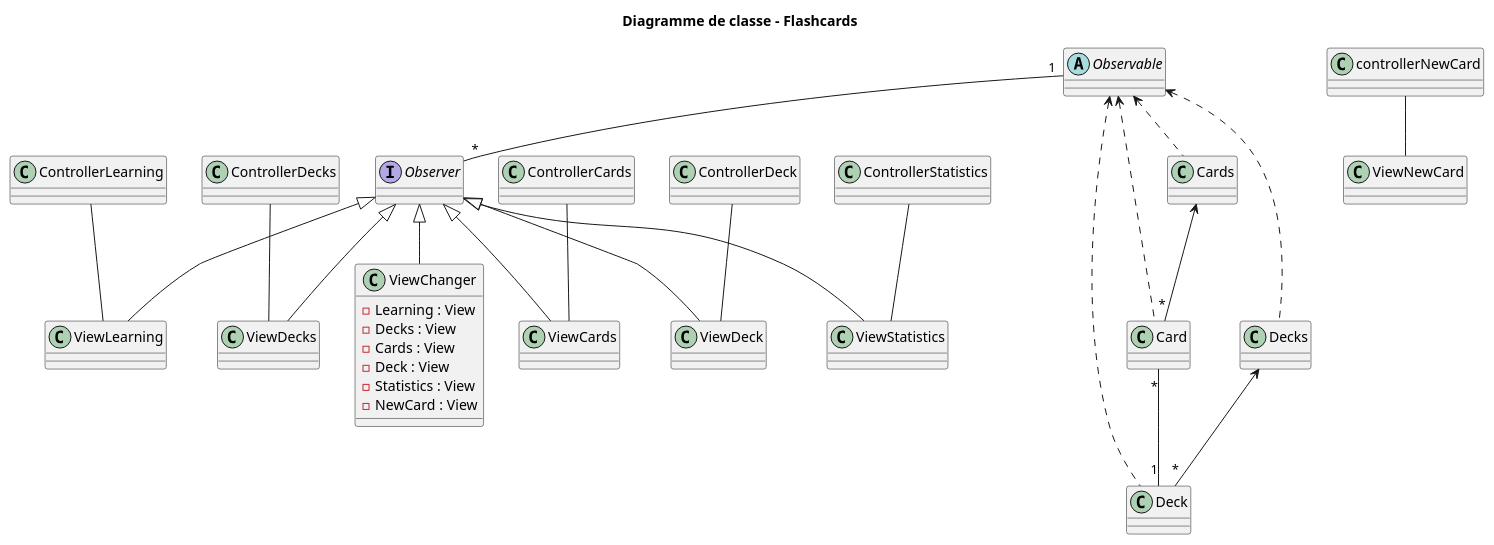
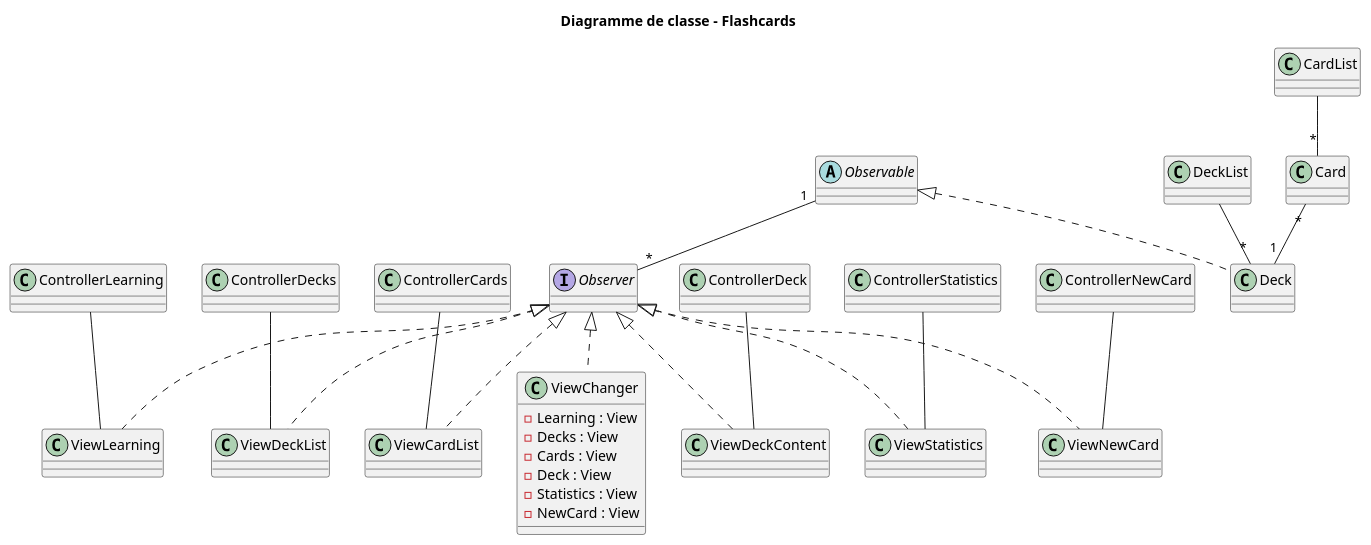
Before and after one commit to baldraven/Flashcards: the diagram in Diagrams/ClassDiagram.plantuml, drawn with PlantUML.

Commit message:
[edit] Diagramme de classes

```diff
--- a/Diagrams/ClassDiagram.plantuml
+++ b/Diagrams/ClassDiagram.plantuml
@@ -1,56 +1,60 @@
-@startuml Diagramme de classe - Flashcards
-title Diagramme de classe - Flashcards
+@startuml
+title "Diagramme de classe - Flashcards"
 
-class ViewChanger{
+class ViewChanger {
     - Learning : View
     - Decks : View
     - Cards : View
     - Deck : View
     - Statistics : View
     - NewCard : View
 }
 
 interface Observer{}
 abstract Observable{}
+
 class Card{}
-class Decks{}
+class CardList{}
 class Deck{}
-class Cards{}
+class DeckList{}
+
 class ViewLearning{} 
-class ViewDecks{}
-class ViewCards{}
-class ViewDeck{}
+class ViewDeckList{}
+class ViewCardList{}
+class ViewDeckContent{}
 class ViewStatistics{}
 class ViewNewCard{}
+
 class ControllerLearning{}
 class ControllerDecks{}
 class ControllerCards{}
 class ControllerDeck{}
 class ControllerStatistics{}
-class controllerNewCard{}
+class ControllerNewCard{}
 
 
-Observer <|-- ViewChanger
-Observer <|-- ViewLearning
-Observer <|-- ViewDecks
-Observer <|-- ViewCards
-Observer <|-- ViewDeck
-Observer <|-- ViewStatistics
-Observable <.. Cards
-Observable <.. Decks
-Observable <.. Deck
-Observable <.. Card
-Cards <-- "*" Card 
-Decks <-- "*" Deck
+Observer <|.. ViewChanger
+
+Observer <|.. ViewLearning
+Observer <|.. ViewDeckList
+Observer <|.. ViewCardList
+Observer <|.. ViewDeckContent
+Observer <|.. ViewNewCard
+Observer <|.. ViewStatistics
+
+Observable <|.. Deck
+
+CardList -- "*" Card
+DeckList -- "*" Deck
+
 ControllerLearning -- ViewLearning
-ControllerDecks -- ViewDecks
-ControllerCards -- ViewCards
-ControllerDeck -- ViewDeck
+ControllerDecks -- ViewDeckList
+ControllerCards -- ViewCardList
+ControllerDeck -- ViewDeckContent
 ControllerStatistics -- ViewStatistics
-controllerNewCard -- ViewNewCard
+ControllerNewCard -- ViewNewCard
+
 Card "*" -- "1" Deck
 Observable "1" -- "*" Observer
 
-
-
 @enduml
```
